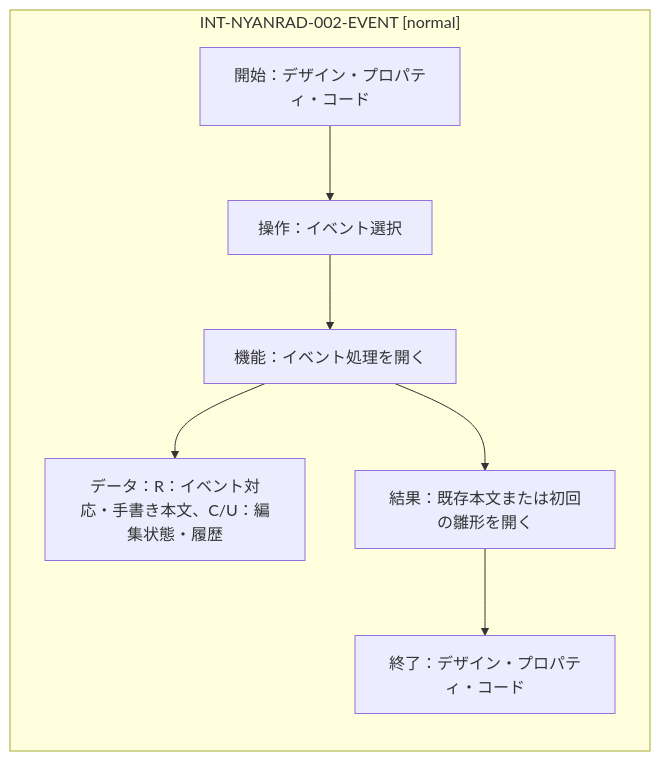
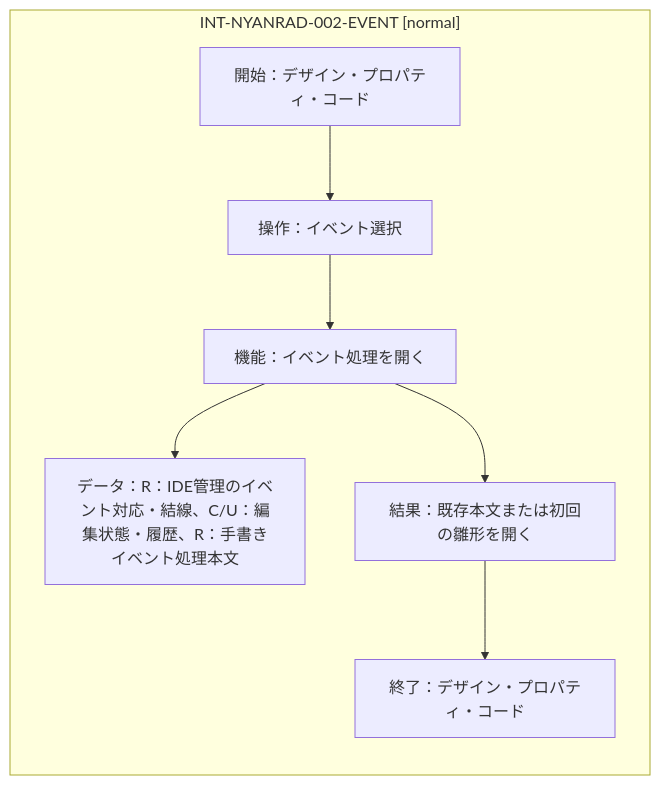
Before and after one commit to kosaru/NyanRAD: the diagram in planning/ifdam/IFDAM-NYANRAD-002/diagrams/02.mmd, drawn with Mermaid. The commit also changed 37 other files, not shown here.

```diff
--- a/planning/ifdam/IFDAM-NYANRAD-002/diagrams/02.mmd
+++ b/planning/ifdam/IFDAM-NYANRAD-002/diagrams/02.mmd
@@ -1,6 +1,6 @@
 flowchart LR
   subgraph I["INT-NYANRAD-002-EVENT [normal]"]
     U["開始：デザイン・プロパティ・コード"] --> E["操作：イベント選択"] --> F["機能：イベント処理を開く"]
-    F --> D["データ：R：イベント対応・手書き本文、C/U：編集状態・履歴"]
+    F --> D["データ：R：IDE管理のイベント対応・結線、C/U：編集状態・履歴、R：手書きイベント処理本文"]
     F --> R["結果：既存本文または初回の雛形を開く"] --> T["終了：デザイン・プロパティ・コード"]
   end
```
